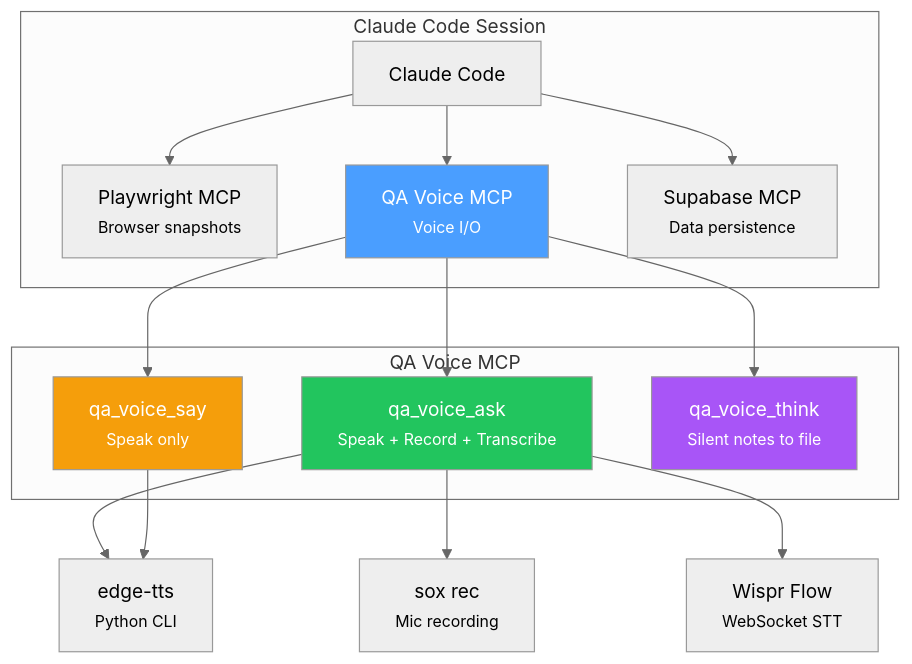
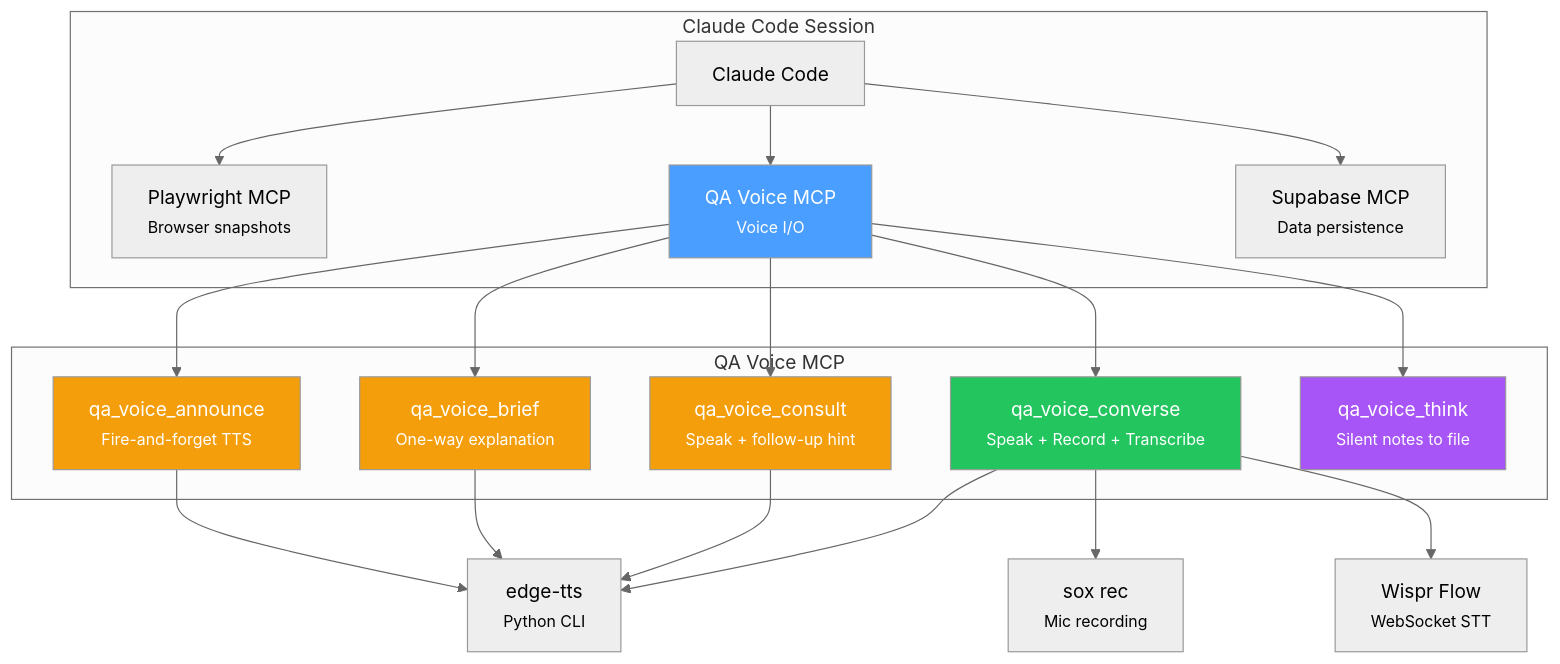
One commit to naeemkhan3starjee079-spec/golems changed the second of 5 diagrams in packages/dashboard/content/docs/golems/qa-voice.md. Above: the diagram before and after it, drawn with Mermaid (neutral theme). The commit also changed other lines of this file and 13 other files, not shown here.

````diff
--- a/packages/dashboard/content/docs/golems/qa-voice.md
+++ b/packages/dashboard/content/docs/golems/qa-voice.md
@@ -41,28 +41,36 @@
 ```mermaid
 graph TB
     subgraph "Claude Code Session"
         CC[Claude Code] --> PW[Playwright MCP<br/><small>Browser snapshots</small>]
         CC --> QV[QA Voice MCP<br/><small>Voice I/O</small>]
         CC --> SB[Supabase MCP<br/><small>Data persistence</small>]
     end
 
     subgraph "QA Voice MCP"
-        ASK["qa_voice_ask<br/><small>Speak + Record + Transcribe</small>"]
-        SAY["qa_voice_say<br/><small>Speak only</small>"]
+        ANN["qa_voice_announce<br/><small>Fire-and-forget TTS</small>"]
+        BRF["qa_voice_brief<br/><small>One-way explanation</small>"]
+        CST["qa_voice_consult<br/><small>Speak + follow-up hint</small>"]
+        CNV["qa_voice_converse<br/><small>Speak + Record + Transcribe</small>"]
         THINK["qa_voice_think<br/><small>Silent notes to file</small>"]
     end
 
-    QV --> ASK
-    QV --> SAY
+    QV --> ANN
+    QV --> BRF
+    QV --> CST
+    QV --> CNV
     QV --> THINK
 
-    ASK --> TTS["edge-tts<br/><small>Python CLI</small>"]
-    ASK --> SOX["sox rec<br/><small>Mic recording</small>"]
-    ASK --> WSP["Wispr Flow<br/><small>WebSocket STT</small>"]
-    SAY --> TTS
+    CNV --> TTS["edge-tts<br/><small>Python CLI</small>"]
+    CNV --> SOX["sox rec<br/><small>Mic recording</small>"]
+    CNV --> WSP["Wispr Flow<br/><small>WebSocket STT</small>"]
+    ANN --> TTS
+    BRF --> TTS
+    CST --> TTS
 
     style QV fill:#4a9eff,color:#fff
-    style ASK fill:#22c55e,color:#fff
-    style SAY fill:#f59e0b,color:#fff
+    style CNV fill:#22c55e,color:#fff
+    style ANN fill:#f59e0b,color:#fff
+    style BRF fill:#f59e0b,color:#fff
+    style CST fill:#f59e0b,color:#fff
     style THINK fill:#a855f7,color:#fff
 ```
````
